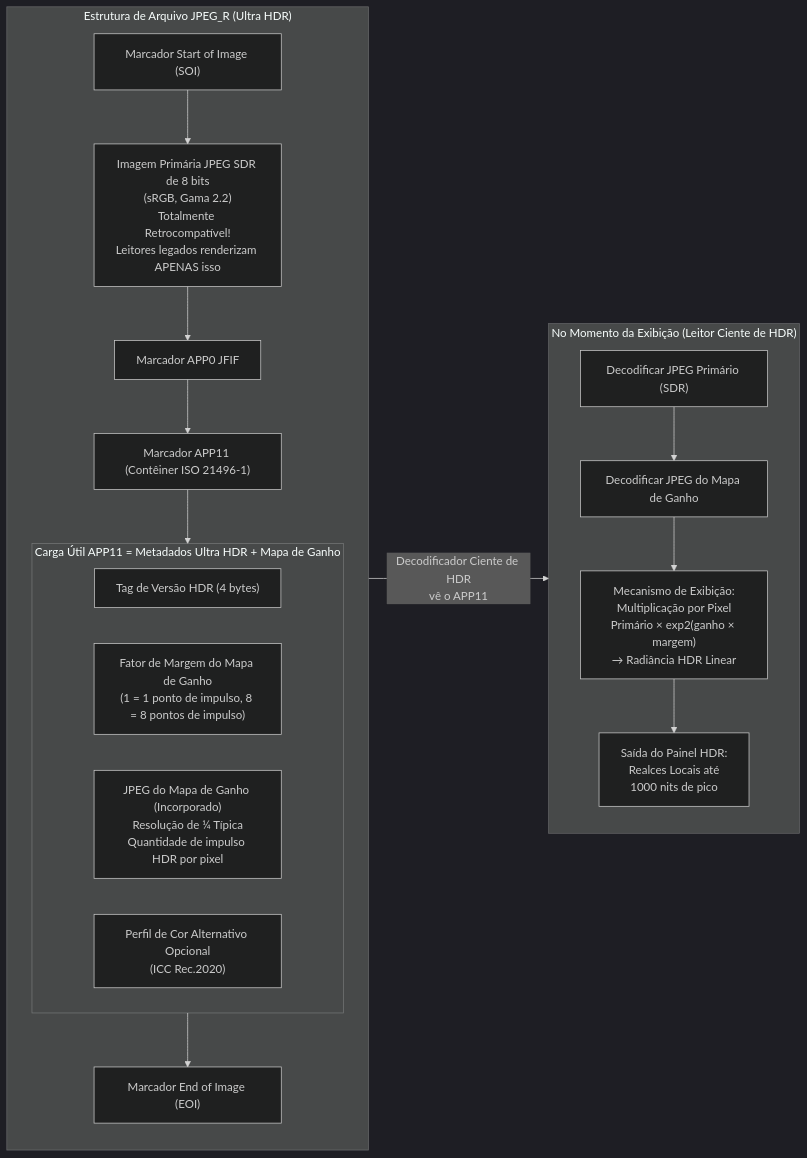
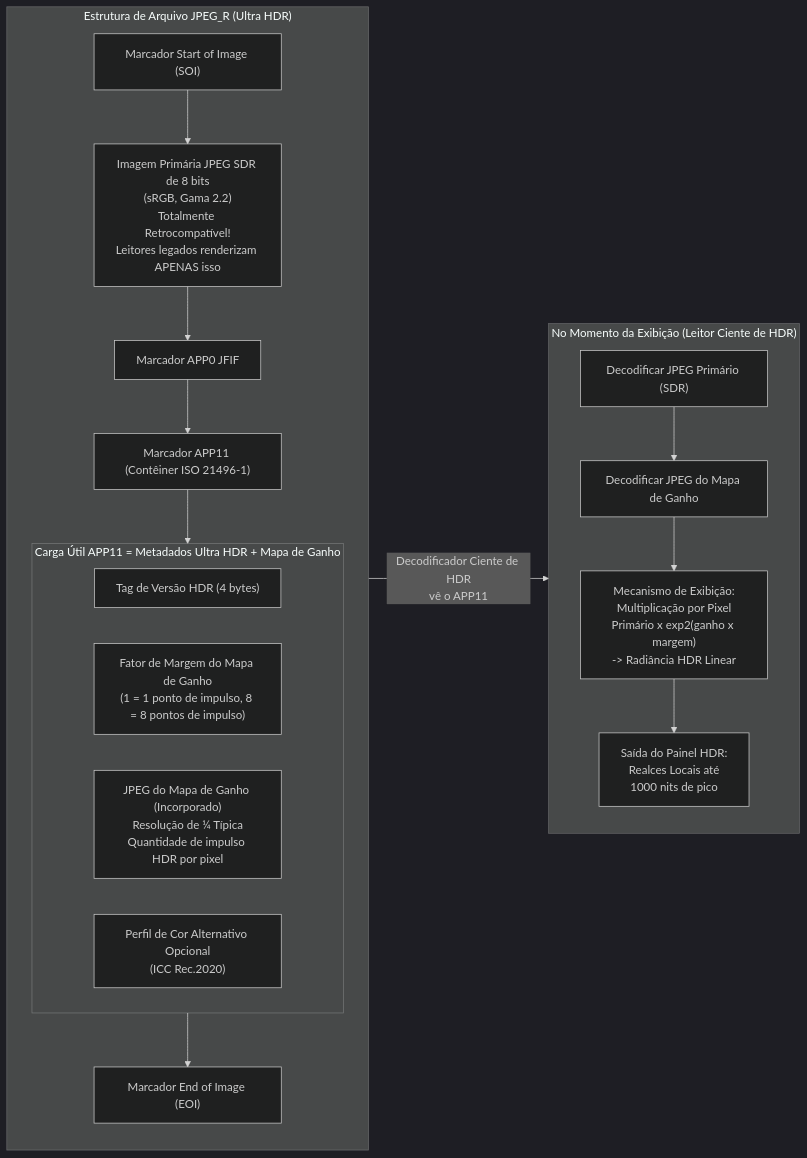
One commit to zoozooll/AndroidCameraParameters changed the second of 2 diagrams in website/i18n/pt-BR/docusaurus-plugin-content-docs/current/camera2/hdr-and-ultra-hdr.md. Above: the diagram before and after it, drawn with Mermaid (dark theme). The commit also changed other lines of this file and 77 other files, not shown here.

First line of the commit message:
docs: standardize Mermaid syntax and polish 3A pipeline translations

````diff
--- a/website/i18n/pt-BR/docusaurus-plugin-content-docs/current/camera2/hdr-and-ultra-hdr.md
+++ b/website/i18n/pt-BR/docusaurus-plugin-content-docs/current/camera2/hdr-and-ultra-hdr.md
@@ -198,25 +198,25 @@
 ```mermaid
 flowchart LR
     subgraph FILE["Estrutura de Arquivo JPEG_R (Ultra HDR)"]
         direction TB
         SOI["Marcador Start of Image (SOI)"] --> PRIMARY["Imagem Primária JPEG SDR de 8 bits<br/>(sRGB, Gama 2.2)<br/>Totalmente Retrocompatível!<br/>Leitores legados renderizam APENAS isso"]
         PRIMARY --> APP0["Marcador APP0 JFIF"]
         APP0 --> APP11["Marcador APP11 (Contêiner ISO 21496-1)"]
         subgraph GAINMAP["Carga Útil APP11 = Metadados Ultra HDR + Mapa de Ganho"]
             GM1["Tag de Versão HDR (4 bytes)"]
             GM2["Fator de Margem do Mapa de Ganho<br/>(1 = 1 ponto de impulso, 8 = 8 pontos de impulso)"]
             GM3["JPEG do Mapa de Ganho (Incorporado)<br/>Resolução de ¼ Típica<br/>Quantidade de impulso HDR por pixel"]
             GM4["Perfil de Cor Alternativo Opcional<br/>(ICC Rec.2020)"]
         end
         APP11 --> GAINMAP
         GAINMAP --> EOI["Marcador End of Image (EOI)"]
     end
 
     subgraph RENDER["No Momento da Exibição (Leitor Ciente de HDR)"]
         R1["Decodificar JPEG Primário (SDR)"] --> R2["Decodificar JPEG do Mapa de Ganho"]
-        R2 --> R3["Mecanismo de Exibição:<br/>Multiplicação por Pixel<br/>Primário × exp2(ganho × margem)<br/>→ Radiância HDR Linear"]
+        R2 --> R3["Mecanismo de Exibição:<br/>Multiplicação por Pixel<br/>Primário x exp2(ganho x margem)<br/>-> Radiância HDR Linear"]
         R3 --> R4["Saída do Painel HDR:<br/>Realces Locais até<br/>1000 nits de pico"]
     end
 
     FILE -->|"Decodificador Ciente de HDR<br/>vê o APP11"| RENDER
 ```
````
